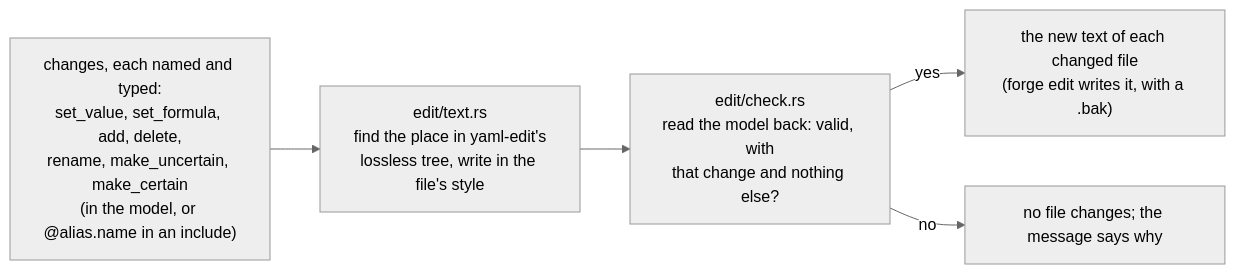
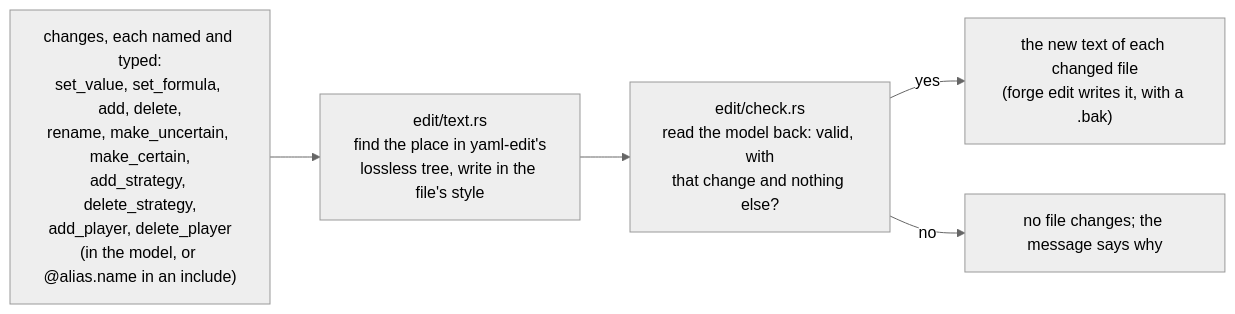
The fifth of 5 diagrams in docs/architecture/02-DATA-MODEL.md (mollendorff-ai/forge), drawn with Mermaid (neutral theme) before and after one commit. The commit also changed other lines of this file and 17 other files, not shown here.

````diff
--- a/docs/architecture/02-DATA-MODEL.md
+++ b/docs/architecture/02-DATA-MODEL.md
@@ -249,7 +249,7 @@
 ```mermaid
 flowchart LR
-    req["changes, each named and typed:<br/>set_value, set_formula, add, delete,<br/>rename, make_uncertain, make_certain<br/>(in the model, or @alias.name in an include)"] --> text["edit/text.rs<br/>find the place in yaml-edit's<br/>lossless tree, write in the file's style"]
+    req["changes, each named and typed:<br/>set_value, set_formula, add, delete,<br/>rename, make_uncertain, make_certain,<br/>add_strategy, delete_strategy,<br/>add_player, delete_player<br/>(in the model, or @alias.name in an include)"] --> text["edit/text.rs<br/>find the place in yaml-edit's<br/>lossless tree, write in the file's style"]
     text --> check["edit/check.rs<br/>read the model back: valid, with<br/>that change and nothing else?"]
     check -- yes --> out["the new text of each changed file<br/>(forge edit writes it, with a .bak)"]
     check -- no --> none["no file changes; the message says why"]
 ```
````
